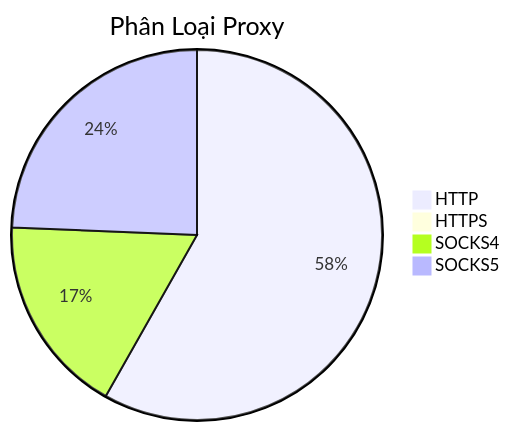
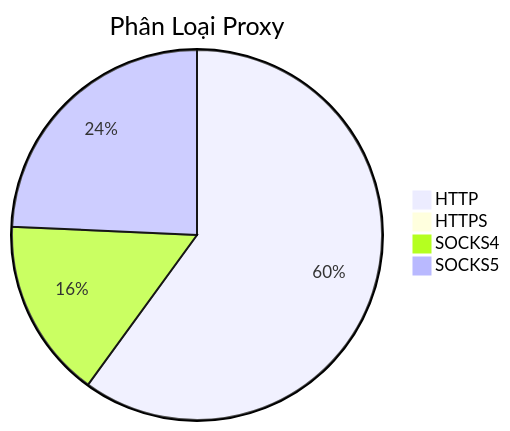
One commit to Ciara-12/PROXY-free changed the diagram in README.md. Above: the diagram before and after it, drawn with Mermaid. The commit also changed other lines of this file and 4 other files, not shown here.

````diff
--- a/README.md
+++ b/README.md
@@ -26,7 +26,7 @@
 ```mermaid
 pie title Phân Loại Proxy
-    "HTTP" : 717
-    "HTTPS" : 0
-    "SOCKS4" : 215
-    "SOCKS5" : 300
+    "HTTP" : 761
+    "HTTPS" : 1
+    "SOCKS4" : 199
+    "SOCKS5" : 308
 ```
````
